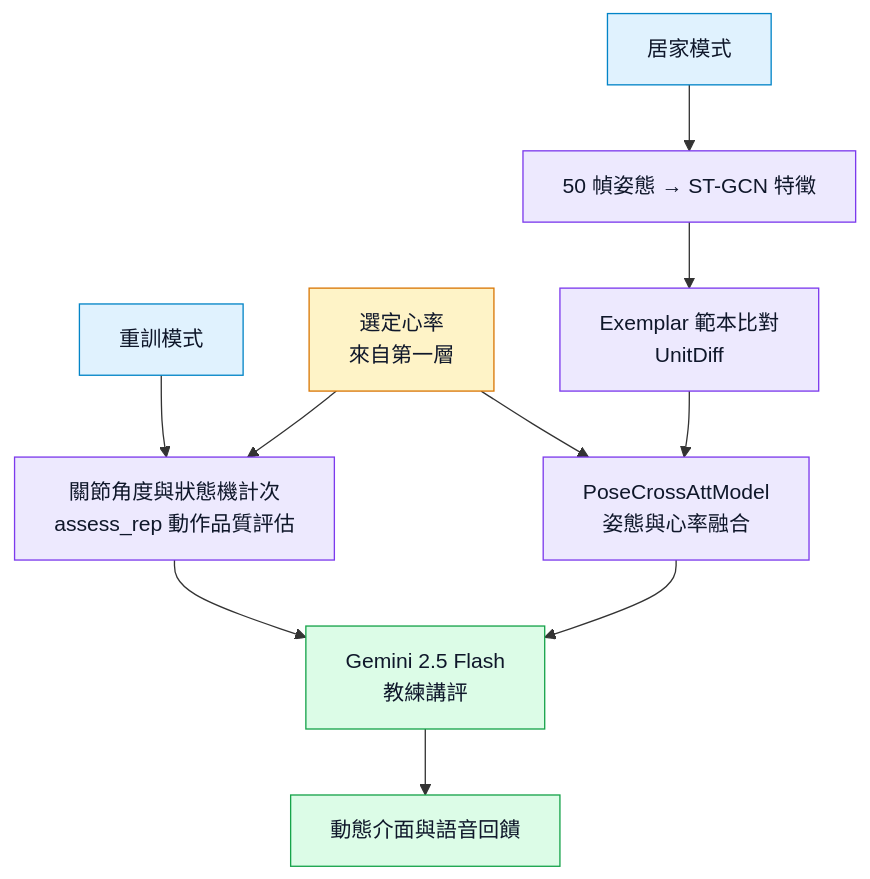
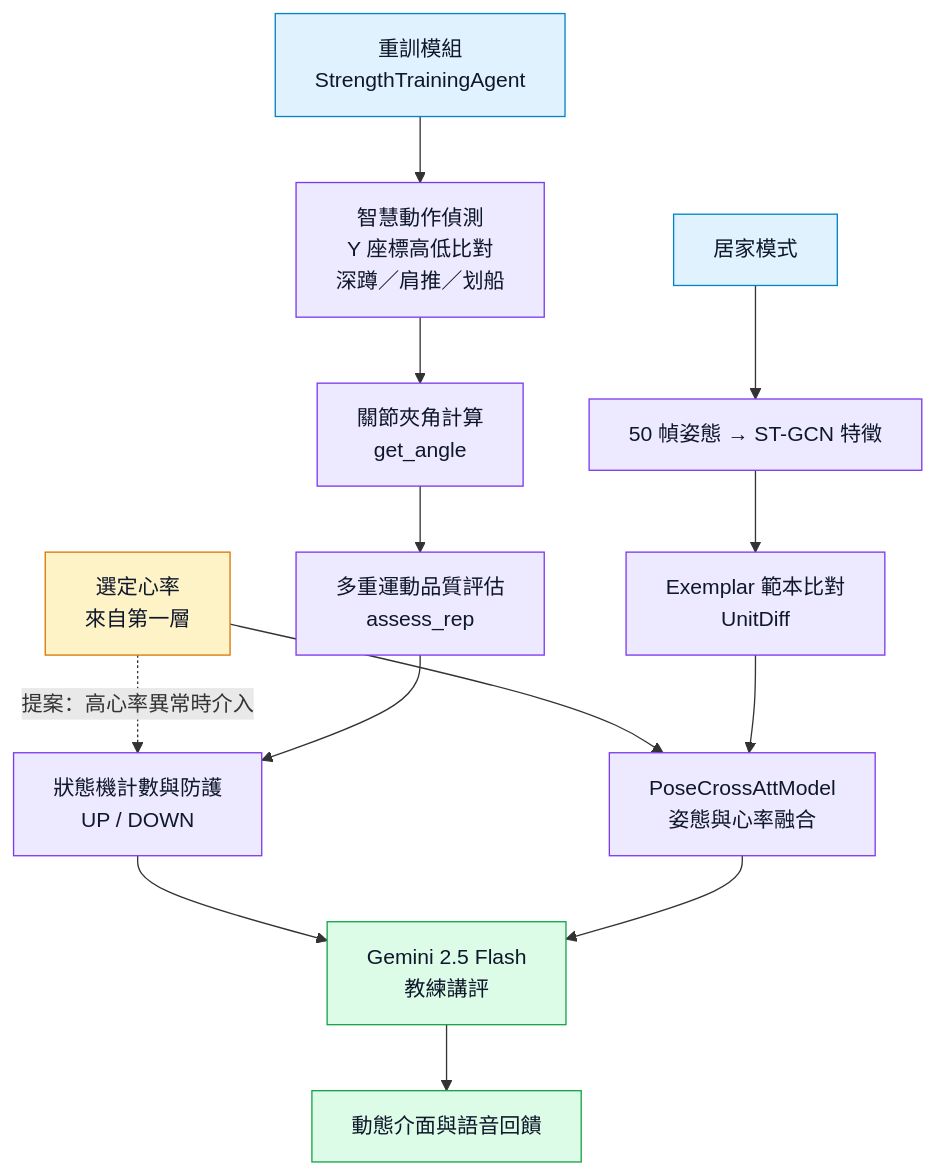
Before and after one commit to ghjkl563563-stack/ai-fitness-coach: the second of 2 diagrams in README.md, drawn with Mermaid. The commit also changed other lines of this file, not shown here.

Commit message:
docs: align strength training architecture with proposal

````diff
--- a/README.md
+++ b/README.md
@@ -54,24 +56,26 @@
 ```mermaid
 flowchart TB
-    strength --> rep
+    strength --> detect
     home --> stgcn
-    strength["重訓模式"]
+    strength["重訓模組<br/>StrengthTrainingAgent"]
     home["居家模式"]
-    heart["選定心率<br/>來自第一層"] --> rep
+    heart["選定心率<br/>來自第一層"] -.->|提案：高心率異常時介入| state
     heart --> fusion
-    rep["關節角度與狀態機計次<br/>assess_rep 動作品質評估"]
+    detect["智慧動作偵測<br/>Y 座標高低比對<br/>深蹲／肩推／划船"] --> angle["關節夾角計算<br/>get_angle"]
+    angle --> rep["多重運動品質評估<br/>assess_rep"]
+    rep --> state["狀態機計數與防護<br/>UP / DOWN"]
     stgcn["50 幀姿態 → ST-GCN 特徵"] --> exemplar["Exemplar 範本比對<br/>UnitDiff"]
     exemplar --> fusion["PoseCrossAttModel<br/>姿態與心率融合"]
-    rep --> gemini
+    state --> gemini
     fusion --> gemini
     gemini["Gemini 2.5 Flash<br/>教練講評"] --> ui["動態介面與語音回饋"]
 
     classDef input fill:#E0F2FE,stroke:#0284C7,color:#0F172A
     classDef sensing fill:#FEF3C7,stroke:#D97706,color:#0F172A
     classDef decision fill:#EDE9FE,stroke:#7C3AED,color:#0F172A
     classDef result fill:#DCFCE7,stroke:#16A34A,color:#0F172A
     class strength,home input
     class heart sensing
-    class rep,stgcn,exemplar,fusion decision
+    class detect,angle,rep,state,stgcn,exemplar,fusion decision
     class gemini,ui result
 ```
````
